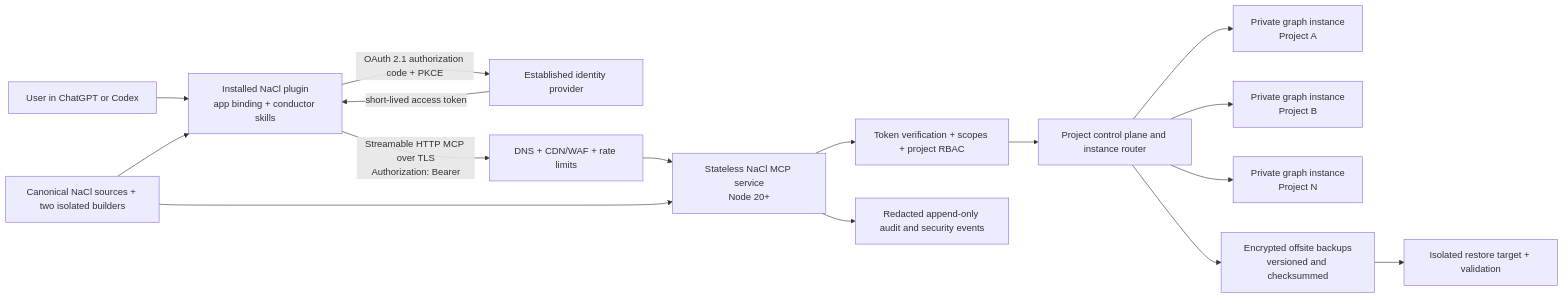
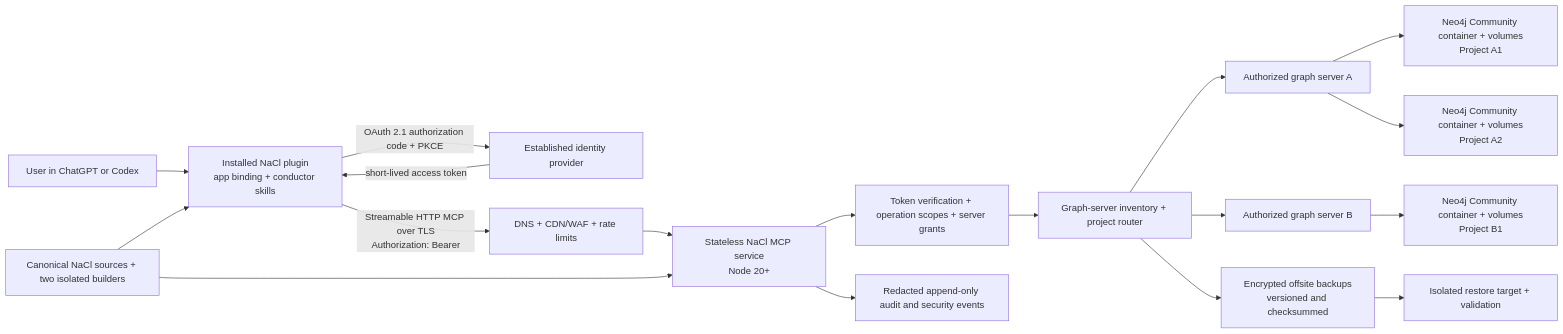
The diagram in docs/adr/004-codex-production-app.md (ITSalt/NaCl), drawn with Mermaid before and after one commit. The commit also changed other lines of this file and 1 other file, not shown here.

Commit message:
docs(wave9): align graph access with server boundary

````diff
--- a/docs/adr/004-codex-production-app.md
+++ b/docs/adr/004-codex-production-app.md
@@ -117,18 +145,20 @@
 ```mermaid
 flowchart LR
     U["User in ChatGPT or Codex"] --> P["Installed NaCl plugin\napp binding + conductor skills"]
     P -->|"OAuth 2.1 authorization code + PKCE"| IDP["Established identity provider"]
     IDP -->|"short-lived access token"| P
     P -->|"Streamable HTTP MCP over TLS\nAuthorization: Bearer"| EDGE["DNS + CDN/WAF + rate limits"]
     EDGE --> MCP["Stateless NaCl MCP service\nNode 20+"]
-    MCP --> AUTHZ["Token verification + scopes + project RBAC"]
-    AUTHZ --> ROUTER["Project control plane and instance router"]
-    ROUTER --> G1["Private graph instance\nProject A"]
-    ROUTER --> G2["Private graph instance\nProject B"]
-    ROUTER --> GN["Private graph instance\nProject N"]
+    MCP --> AUTHZ["Token verification + operation scopes + server grants"]
+    AUTHZ --> ROUTER["Graph-server inventory + project router"]
+    ROUTER --> SA["Authorized graph server A"]
+    ROUTER --> SB["Authorized graph server B"]
+    SA --> G1["Neo4j Community container + volumes\nProject A1"]
+    SA --> G2["Neo4j Community container + volumes\nProject A2"]
+    SB --> GN["Neo4j Community container + volumes\nProject B1"]
     MCP --> AUDIT["Redacted append-only audit and security events"]
     ROUTER --> BACKUP["Encrypted offsite backups\nversioned and checksummed"]
     BACKUP --> RESTORE["Isolated restore target + validation"]
     BUILD["Canonical NaCl sources + two isolated builders"] --> P
     BUILD --> MCP
 ```
````
